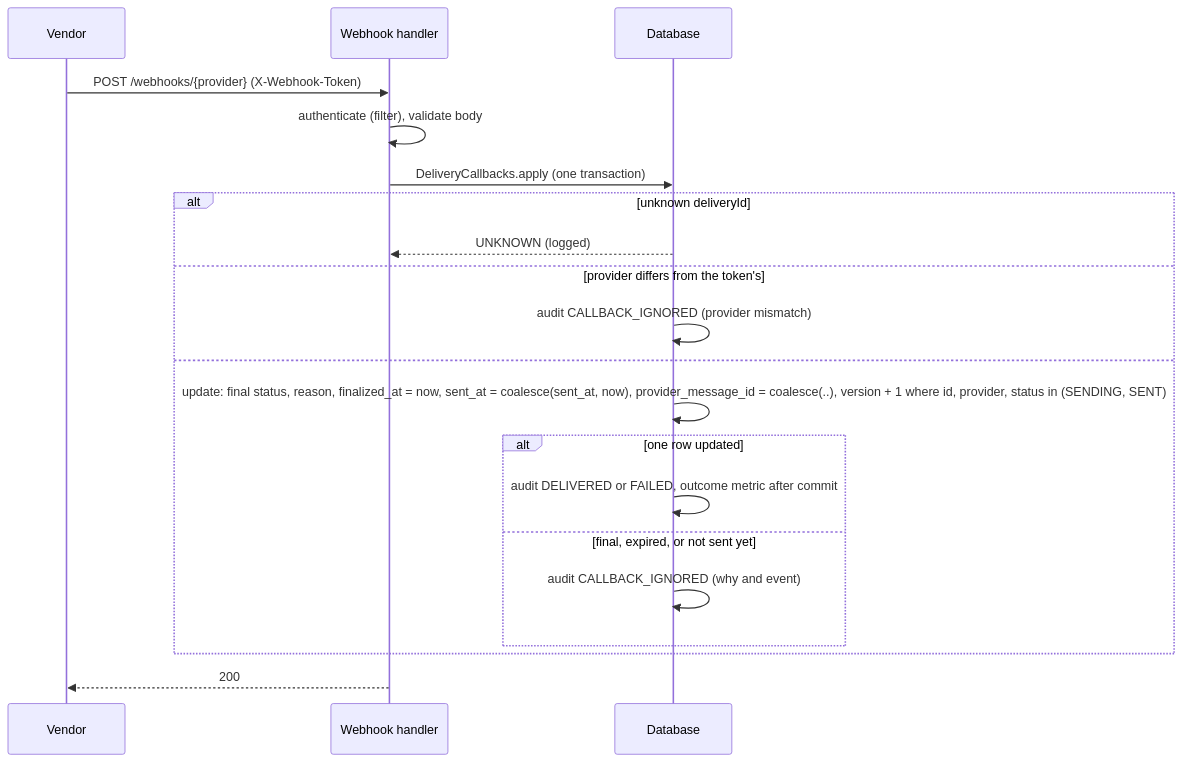
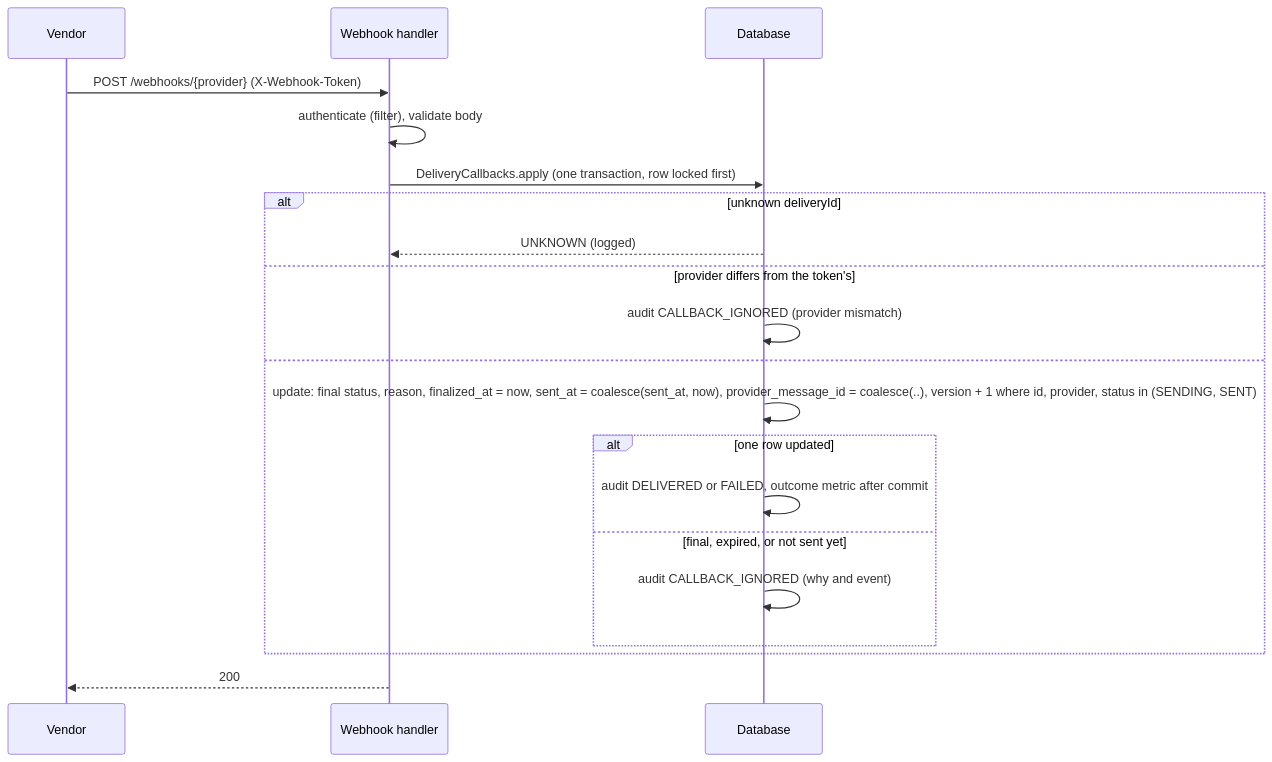
The sixth of 6 diagrams in docs/architecture.md (radwara/nms), drawn with Mermaid before and after one commit. The commit also changed other lines of this file and 3 other files, not shown here.

````diff
--- a/docs/architecture.md
+++ b/docs/architecture.md
@@ -518,22 +520,22 @@
 ```mermaid
 sequenceDiagram
     participant V as Vendor
     participant H as Webhook handler
     participant D as Database
     V->>H: POST /webhooks/{provider} (X-Webhook-Token)
     H->>H: authenticate (filter), validate body
-    H->>D: DeliveryCallbacks.apply (one transaction)
+    H->>D: DeliveryCallbacks.apply (one transaction, row locked first)
     alt unknown deliveryId
         D-->>H: UNKNOWN (logged)
     else provider differs from the token's
         D->>D: audit CALLBACK_IGNORED (provider mismatch)
     else
         D->>D: update: final status, reason, finalized_at = now, sent_at = coalesce(sent_at, now), provider_message_id = coalesce(..), version + 1 where id, provider, status in (SENDING, SENT)
         alt one row updated
             D->>D: audit DELIVERED or FAILED, outcome metric after commit
         else final, expired, or not sent yet
             D->>D: audit CALLBACK_IGNORED (why and event)
         end
     end
     H-->>V: 200
 ```
````
